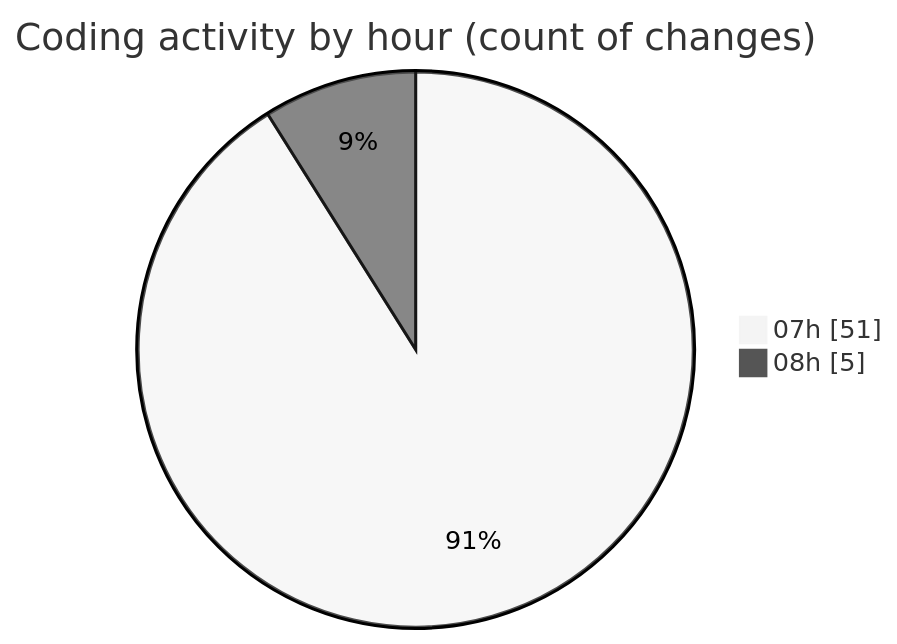
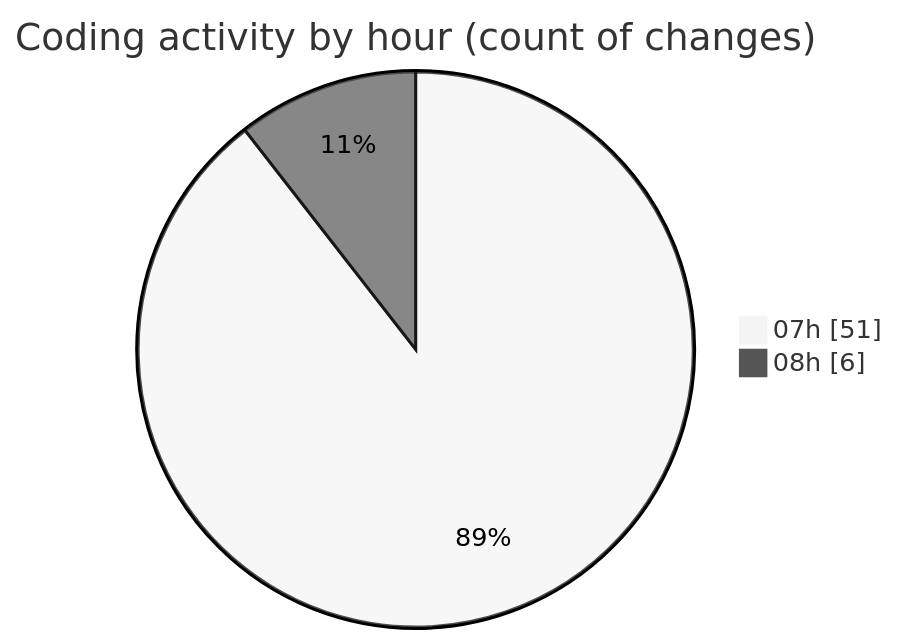
The second of 2 diagrams in 2025-01-17/mbc-web/README.md (robertbonfada/code-tracking), drawn with Mermaid (neutral theme) before and after one commit. The commit also changed other lines of this file and 1 other file, not shown here.

````diff
--- a/2025-01-17/mbc-web/README.md
+++ b/2025-01-17/mbc-web/README.md
@@ -42,6 +42,6 @@
 ```mermaid
 pie showData
 title Coding activity by hour (count of changes)
 "07h" : 51
-"08h" : 5
+"08h" : 6
 ```
````
